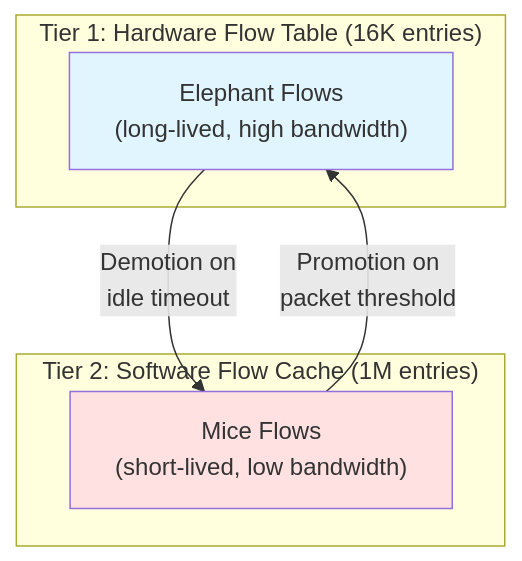
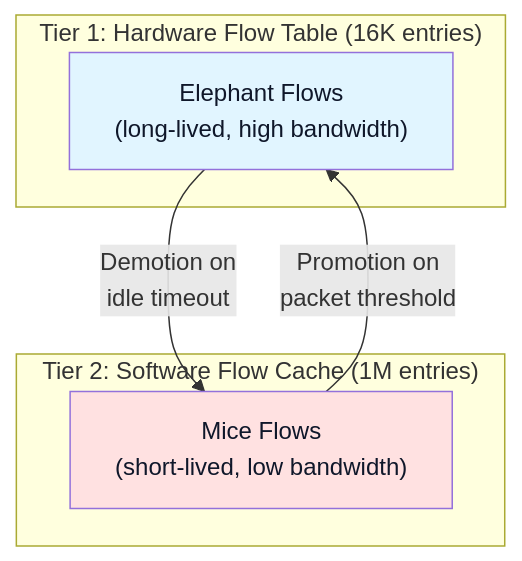
The eighth of 8 diagrams in topics/computing/infrastructure/hyperconverged_infrastructure/lesson_04_network_virtualization.md (blebleblee/synapse), drawn with Mermaid before and after one commit. The commit also changed other lines of this file and 1464 other files, not shown here.

Commit message:
feat(release): curriculum vector mermaid upgrade, render hardening, and master synpack

````diff
--- a/topics/computing/infrastructure/hyperconverged_infrastructure/lesson_04_network_virtualization.md
+++ b/topics/computing/infrastructure/hyperconverged_infrastructure/lesson_04_network_virtualization.md
@@ -717,16 +717,16 @@
 ```mermaid
 graph TB
     subgraph sub_tier_1__hardware_flow_table__16k ["Tier 1: Hardware Flow Table (16K entries)"]
         T1["Elephant Flows<br/>(long-lived, high bandwidth)"]
     end
     
     subgraph sub_tier_2__software_flow_cache__1m ["Tier 2: Software Flow Cache (1M entries)"]
         T2["Mice Flows<br/>(short-lived, low bandwidth)"]
     end
     
     T2 -->|"Promotion on<br/>packet threshold"| T1
     T1 -->|"Demotion on<br/>idle timeout"| T2
     
-    style T1 fill:#e1f5ff
-    style T2 fill:#ffe1e1
+    style T1 fill:#e1f5ff,color:#0f172a
+    style T2 fill:#ffe1e1,color:#0f172a
 ```
````
